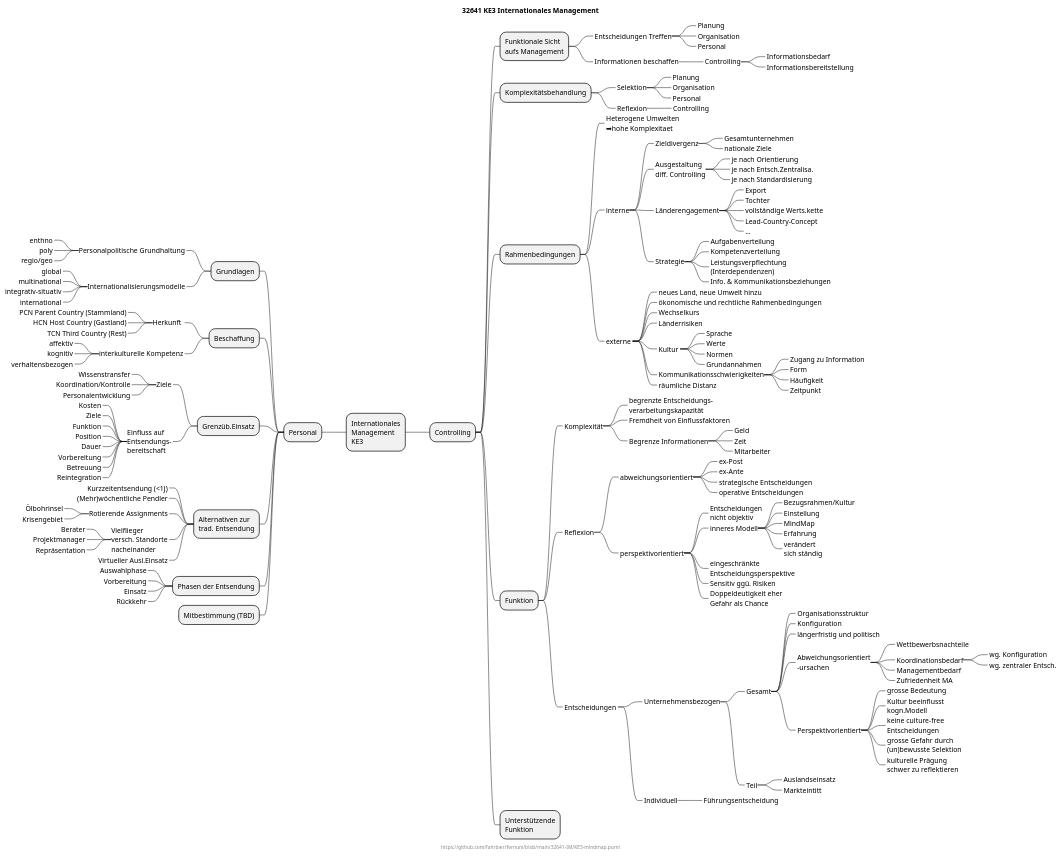
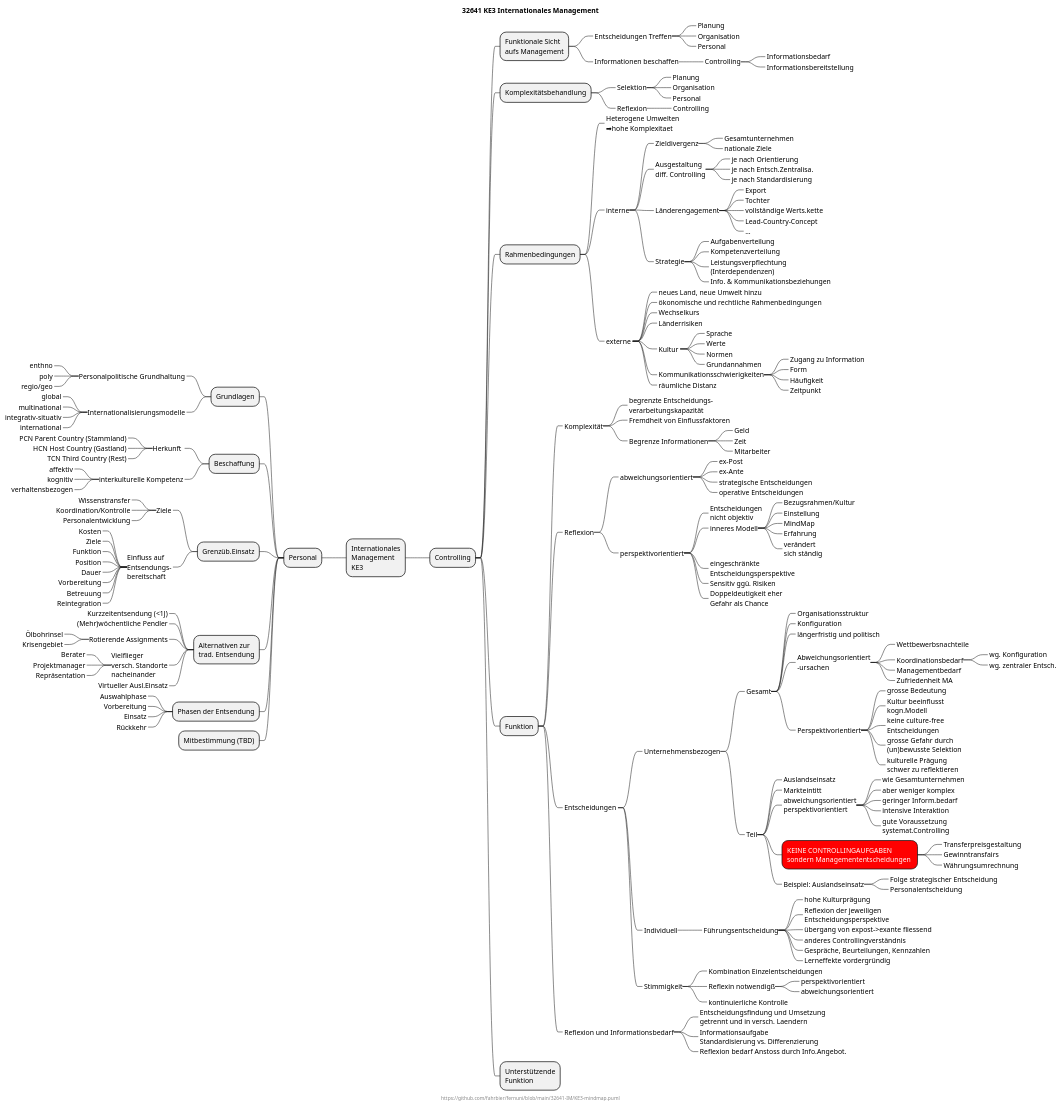
One commit to fahrbier/fernuni changed the diagram in 32641-IM/KE3-mindmap.puml. Above: the diagram before and after it, drawn with PlantUML.

Commit message:
working in controlling

```diff
--- a/32641-IM/KE3-mindmap.puml
+++ b/32641-IM/KE3-mindmap.puml
@@ -1,6 +1,16 @@
 @startmindmap
 title 32641 KE3 Internationales Management
 center footer https://github.com/fahrbier/fernuni/blob/main/32641-IM/KE3-mindmap.puml
+
+
+<style>
+mindmapDiagram {
+  .achtung {
+    FontColor white
+    BackgroundColor red
+  }
+}
+</style>
 
 + Internationales\nManagement\nKE3
 -- Personal
@@ -164,11 +174,45 @@
 ++++++_ Teil
 +++++++_ Auslandseinsatz
 +++++++_ Markteintitt
-+++++_ Individuell
-++++++_ Führungsentscheidung
++++++++_ abweichungsorientiert\nperspektivorientiert
+++++++++_ wie Gesamtunternehmen
+++++++++_ aber weniger komplex
+++++++++_ geringer Inform.bedarf
+++++++++_ intensive Interaktion
+++++++++_ gute Voraussetzung\nsystemat.Controlling
++++++++ KEINE CONTROLLINGAUFGABEN\nsondern Managemententscheidungen <<achtung>>
+++++++++_ Transferpreisgestaltung
+++++++++_ Gewinntransfairs
+++++++++_ Währungsumrechnung
++++++++_ Beispiel: Auslandseinsatz
+++++++++_ Folge strategischer Entscheidung
+++++++++_ Personalentscheidung
 
 
 
+
+
+
++++++_ Individuell
+++++++_ Führungsentscheidung
++++++++_ hohe Kulturprägung 
++++++++_ Reflexion der jeweiligen\nEntscheidungsperspektive 
++++++++_ übergang von expost->exante fliessend
++++++++_ anderes Controllingverständnis
++++++++_ Gespräche, Beurteilungen, Kennzahlen
++++++++_ Lerneffekte vordergründig
+
++++++_ Stimmigkeit
+++++++_ Kombination Einzelentscheidungen
+++++++_ Reflexin notwendigß
++++++++_ perspektivorientiert
++++++++_ abweichungsorientiert
+++++++_ kontinuierliche Kontrolle
+
+++++_ Reflexion und Informationsbedarf
++++++_ Entscheidungsfindung und Umsetzung\ngetrennt und in versch. Laendern
++++++_ Informationsaufgabe\nStandardisierung vs. Differenzierung
++++++_ Reflexion bedarf Anstoss durch Info.Angebot.
 
 +++ Unterstützende\nFunktion
 
```
